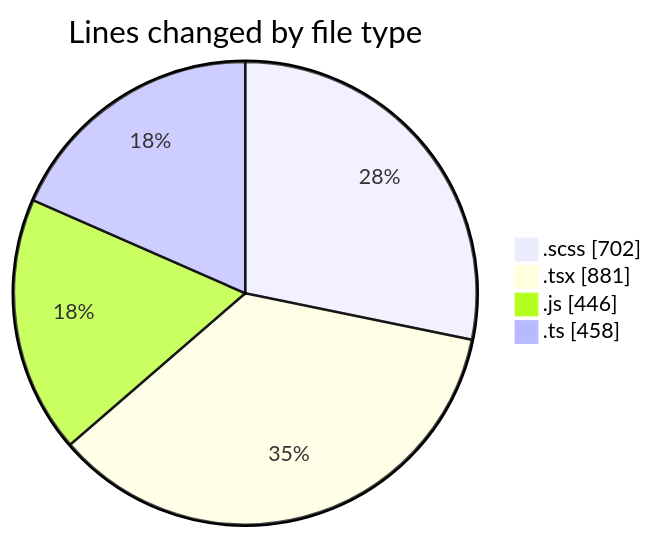
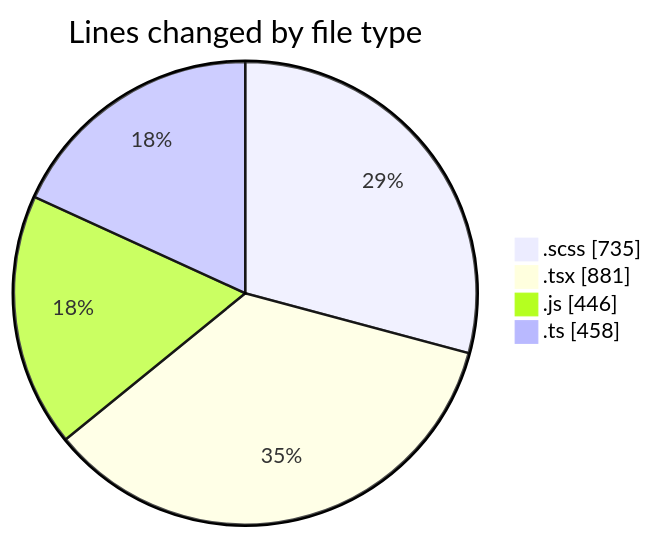
The first of 2 diagrams in 2025-03-14/cda/README.md (momahboobian/code-tracking), drawn with Mermaid before and after one commit. The commit also changed other lines of this file and 1 other file, not shown here.

````diff
--- a/2025-03-14/cda/README.md
+++ b/2025-03-14/cda/README.md
@@ -34,8 +34,8 @@
 ```mermaid
 pie showData
 title Lines changed by file type
-".scss" : 702
+".scss" : 735
 ".tsx" : 881
 ".js" : 446
 ".ts" : 458
 ```
````
